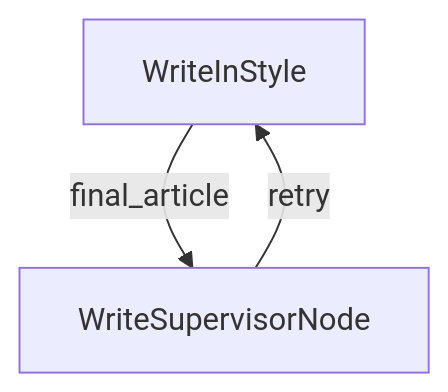
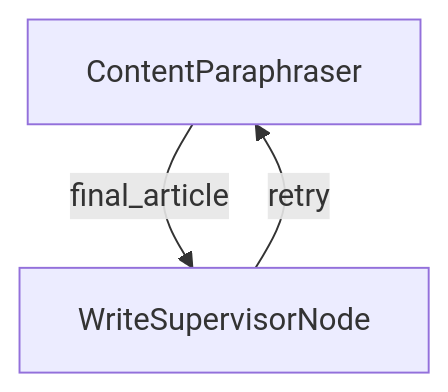
The second of 2 diagrams in README.md (Fun-Fox/google-trends), drawn with Mermaid before and after one commit. The commit also changed other lines of this file, not shown here.

Commit message:
优化readme

````diff
--- a/README.md
+++ b/README.md
@@ -324,6 +324,6 @@
 ```mermaid
 graph TD
-    A[WriteInStyle] -->|"final_article"| B[WriteSupervisorNode]
+    A[ContentParaphraser] -->|"final_article"| B[WriteSupervisorNode]
     B -->|"retry"| A  
     
 ```
````
